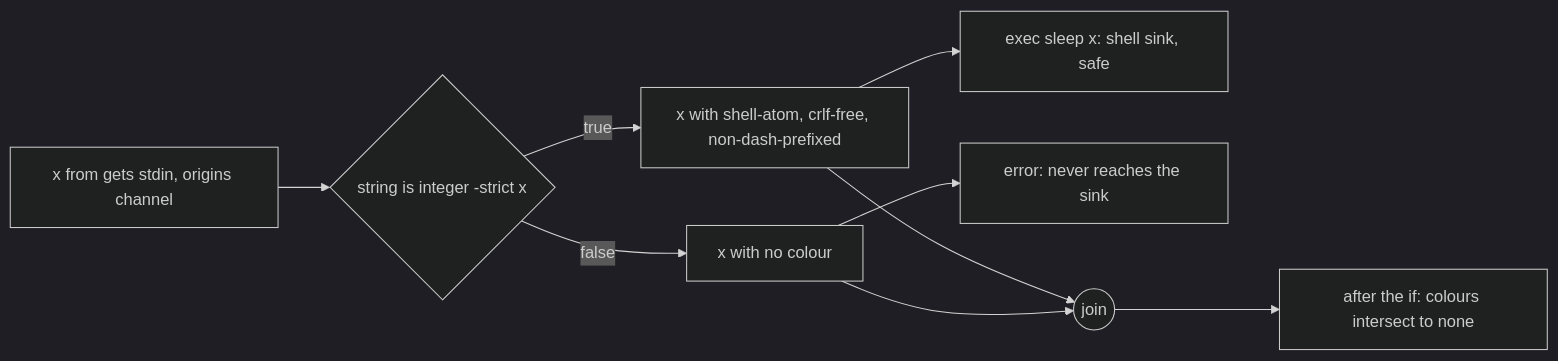
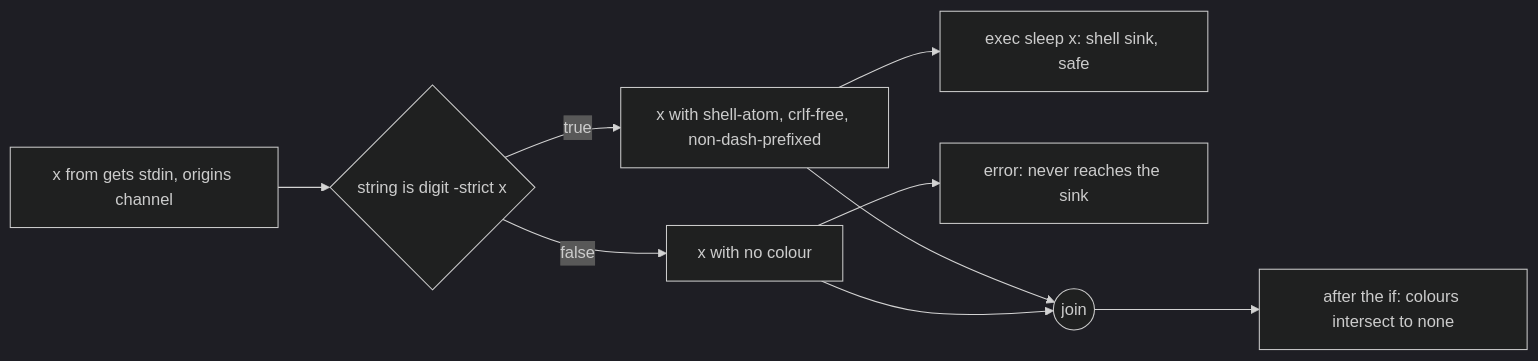
One commit to bitwisecook/tcl-lsp changed the second of 4 diagrams in docs/design/registry/model/393-taint.md. Above: the diagram before and after it, drawn with Mermaid (dark theme). The commit also changed other lines of this file and 11 other files, not shown here.

````diff
--- a/docs/design/registry/model/393-taint.md
+++ b/docs/design/registry/model/393-taint.md
@@ -195,11 +200,11 @@
 ```mermaid
 flowchart LR
-  src["x from gets stdin, origins channel"] --> test{"string is integer -strict x"}
+  src["x from gets stdin, origins channel"] --> test{"string is digit -strict x"}
   test -- "true" --> refined["x with shell-atom, crlf-free, non-dash-prefixed"]
   test -- "false" --> raw["x with no colour"]
   refined --> sink1["exec sleep x: shell sink, safe"]
   raw --> err["error: never reaches the sink"]
   refined --> j(("join"))
   raw --> j
   j --> after["after the if: colours intersect to none"]
 ```
````
